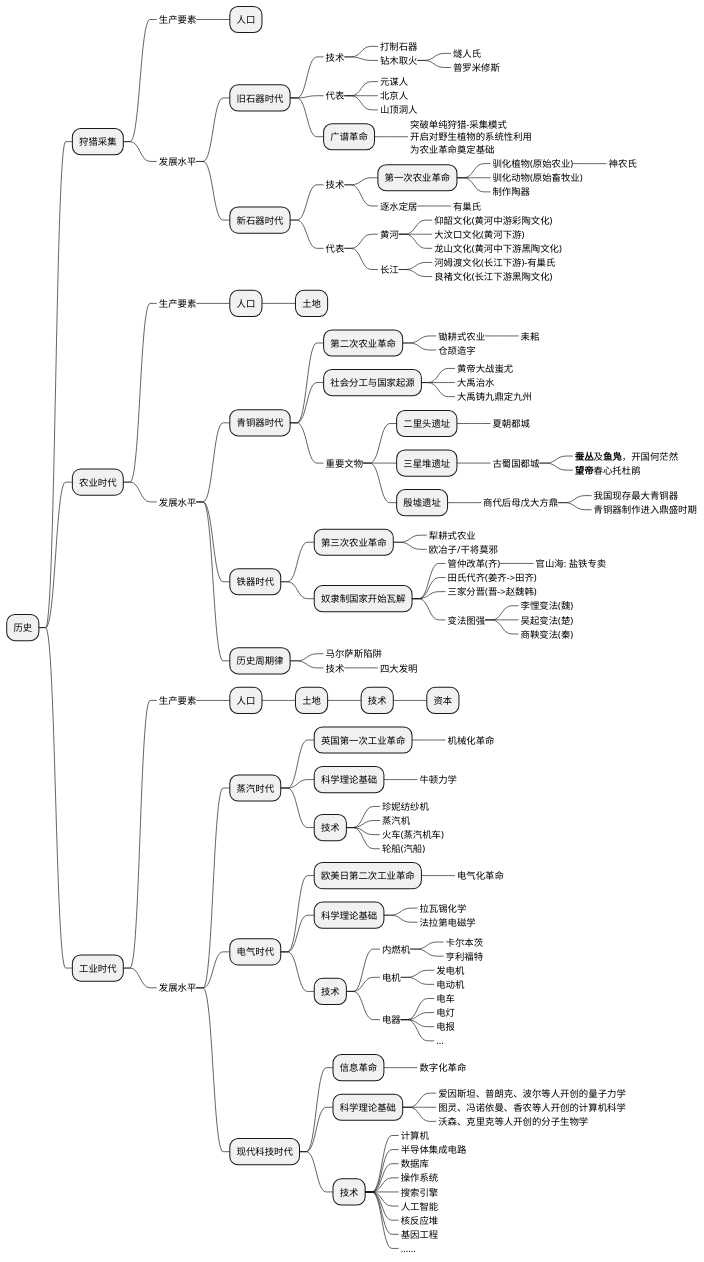
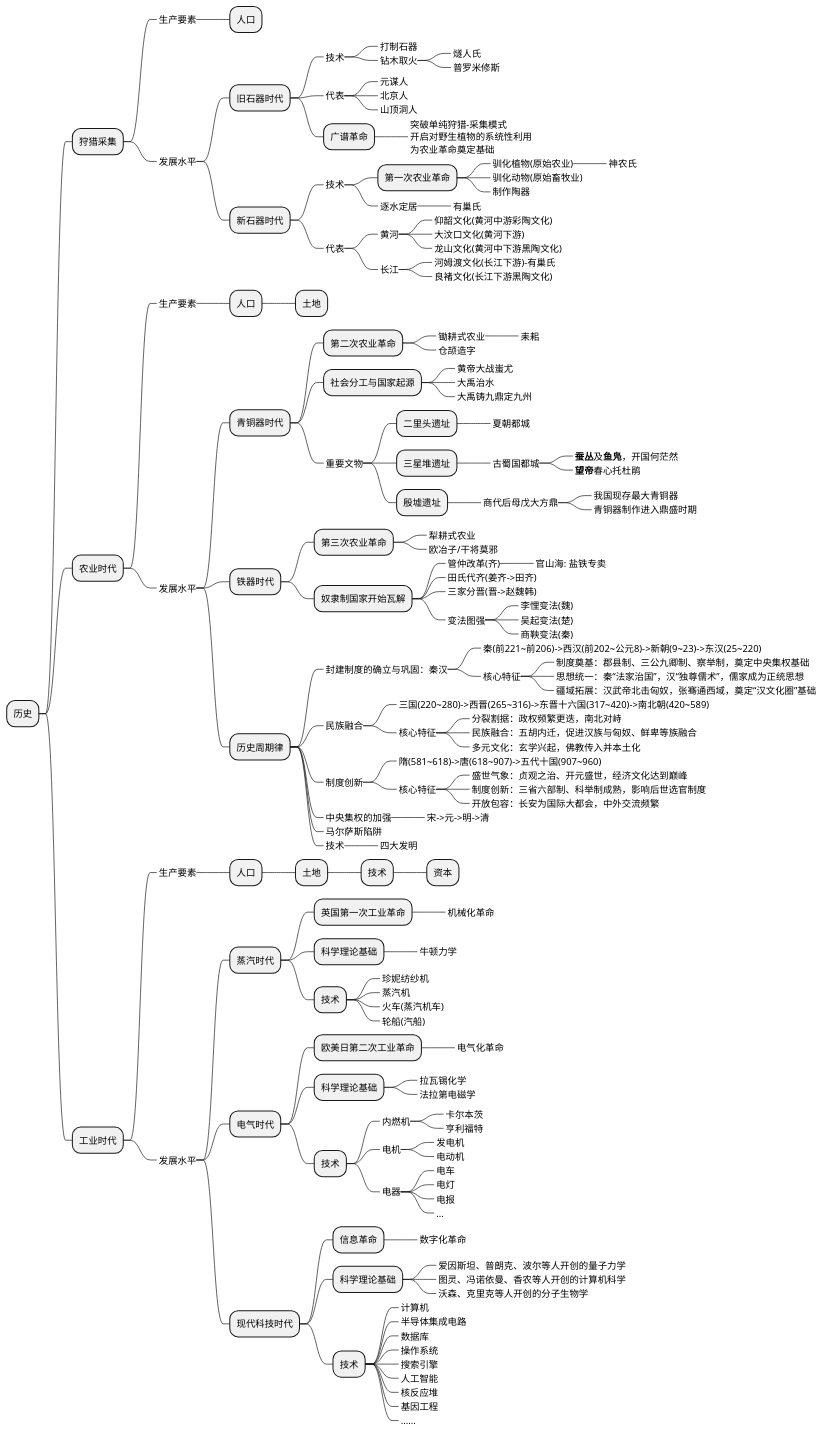
One commit to holmofy/blog.hufeifei.cn changed the first of 2 diagrams in source/_posts/economic/economic_and_history.md. Above: the diagram before and after it, drawn with PlantUML.

```diff
--- a/source/_posts/economic/economic_and_history.md
+++ b/source/_posts/economic/economic_and_history.md
@@ -89,6 +89,26 @@
 +++++++_ 吴起变法(楚)
 +++++++_ 商鞅变法(秦)
 ++++ 历史周期律
++++++_ 封建制度的确立与巩固：秦汉
+++++++_ 秦(前221~前206)->西汉(前202~公元8)->新朝(9~23)->东汉(25~220)
+++++++_ 核心特征
++++++++_ 制度奠基：郡县制、三公九卿制、察举制，奠定中央集权基础
++++++++_ 思想统一：秦“法家治国”，汉“独尊儒术”，儒家成为正统思想
++++++++_ 疆域拓展：汉武帝北击匈奴，张骞通西域，奠定“汉文化圈”基础
++++++_ 民族融合
+++++++_ 三国(220~280)->西晋(265~316)->东晋十六国(317~420)->南北朝(420~589)
+++++++_ 核心特征
++++++++_ 分裂割据：政权频繁更迭，南北对峙
++++++++_ 民族融合：五胡内迁，促进汉族与匈奴、鲜卑等族融合
++++++++_ 多元文化：玄学兴起，佛教传入并本土化
++++++_ 制度创新
+++++++_ 隋(581~618)->唐(618~907)->五代十国(907~960)
+++++++_ 核心特征
++++++++_ 盛世气象：贞观之治、开元盛世，经济文化达到巅峰
++++++++_ 制度创新：三省六部制、科举制成熟，影响后世选官制度
++++++++_ 开放包容：长安为国际大都会，中外交流频繁
++++++_ 中央集权的加强
+++++++_ 宋->元->明->清
 +++++_ 马尔萨斯陷阱
 +++++_ 技术
 ++++++_ 四大发明
```
